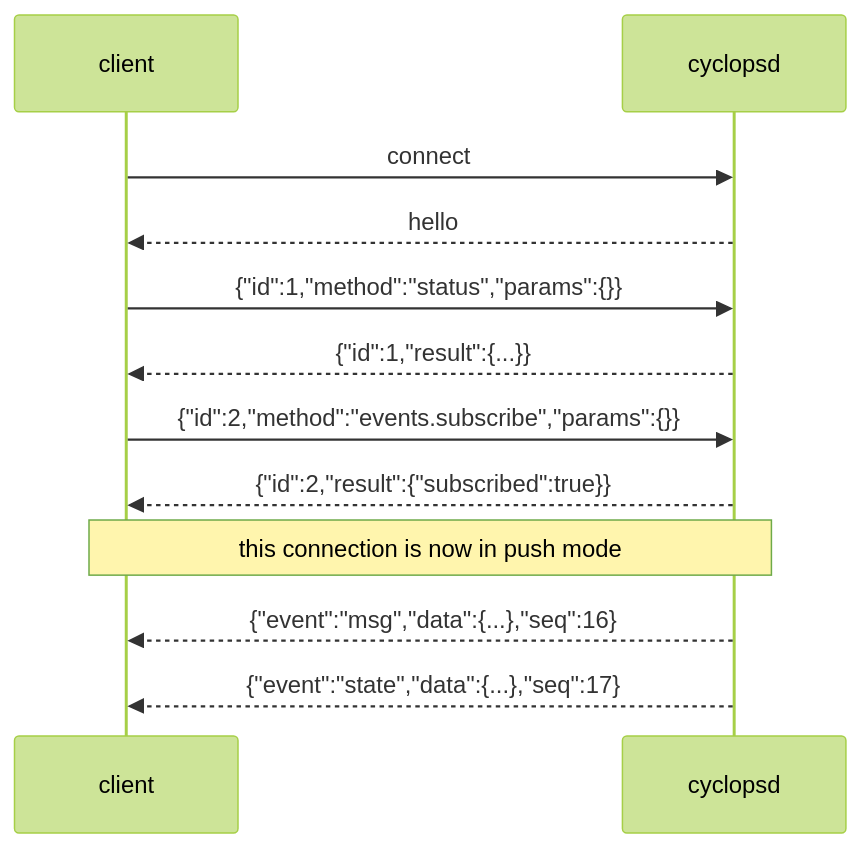
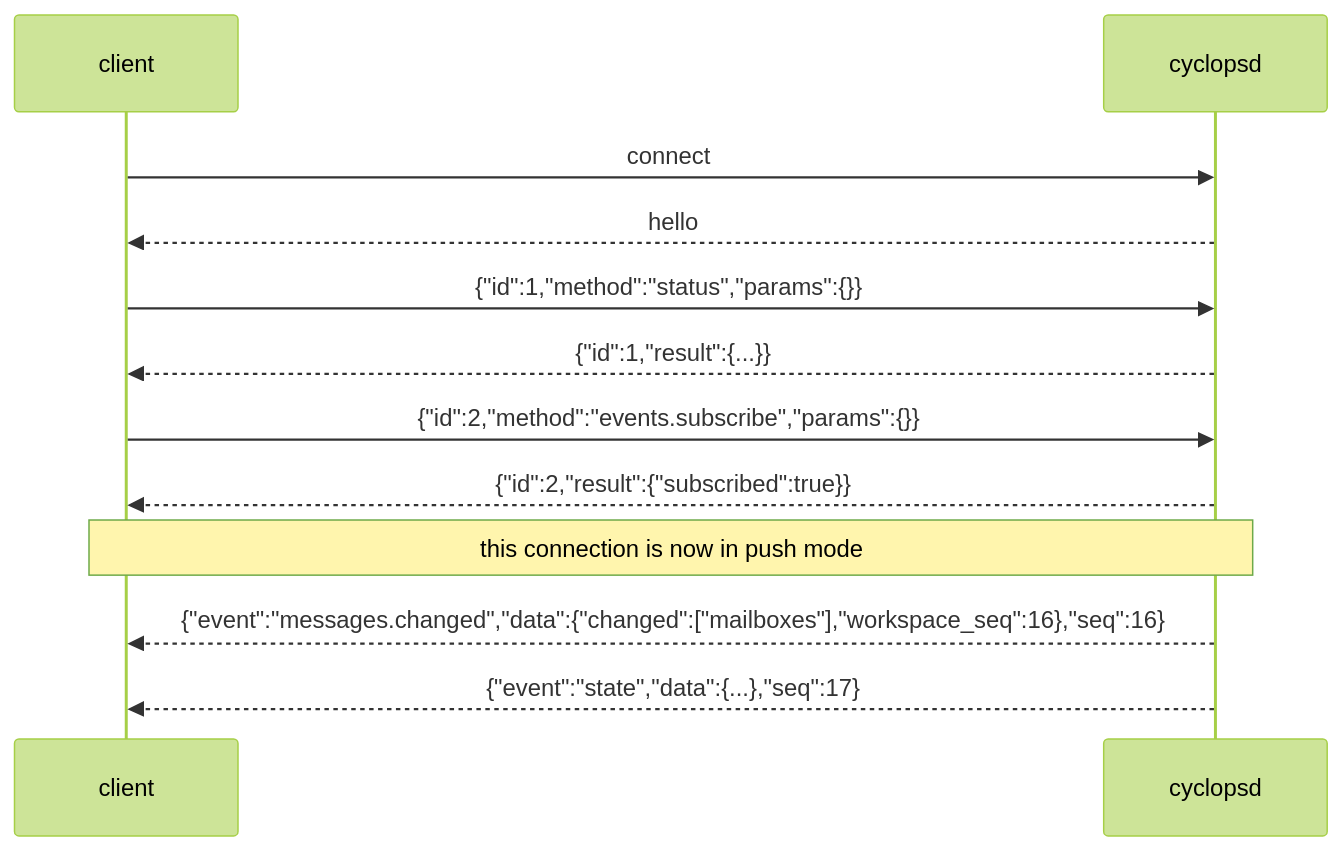
One commit to cyclops-team/cyclops changed the diagram in docs/reference/PROTOCOL.md. Above: the diagram before and after it, drawn with Mermaid (forest theme). The commit also changed other lines of this file and 173 other files, not shown here.

````diff
--- a/docs/reference/PROTOCOL.md
+++ b/docs/reference/PROTOCOL.md
@@ -32,14 +36,14 @@
 ```mermaid
 sequenceDiagram
     participant C as client
     participant D as cyclopsd
     C->>D: connect
     D-->>C: hello
     C->>D: {"id":1,"method":"status","params":{}}
     D-->>C: {"id":1,"result":{...}}
     C->>D: {"id":2,"method":"events.subscribe","params":{}}
     D-->>C: {"id":2,"result":{"subscribed":true}}
     Note over C,D: this connection is now in push mode
-    D-->>C: {"event":"msg","data":{...},"seq":16}
+    D-->>C: {"event":"messages.changed","data":{"changed":["mailboxes"],"workspace_seq":16},"seq":16}
     D-->>C: {"event":"state","data":{...},"seq":17}
 ```
````
